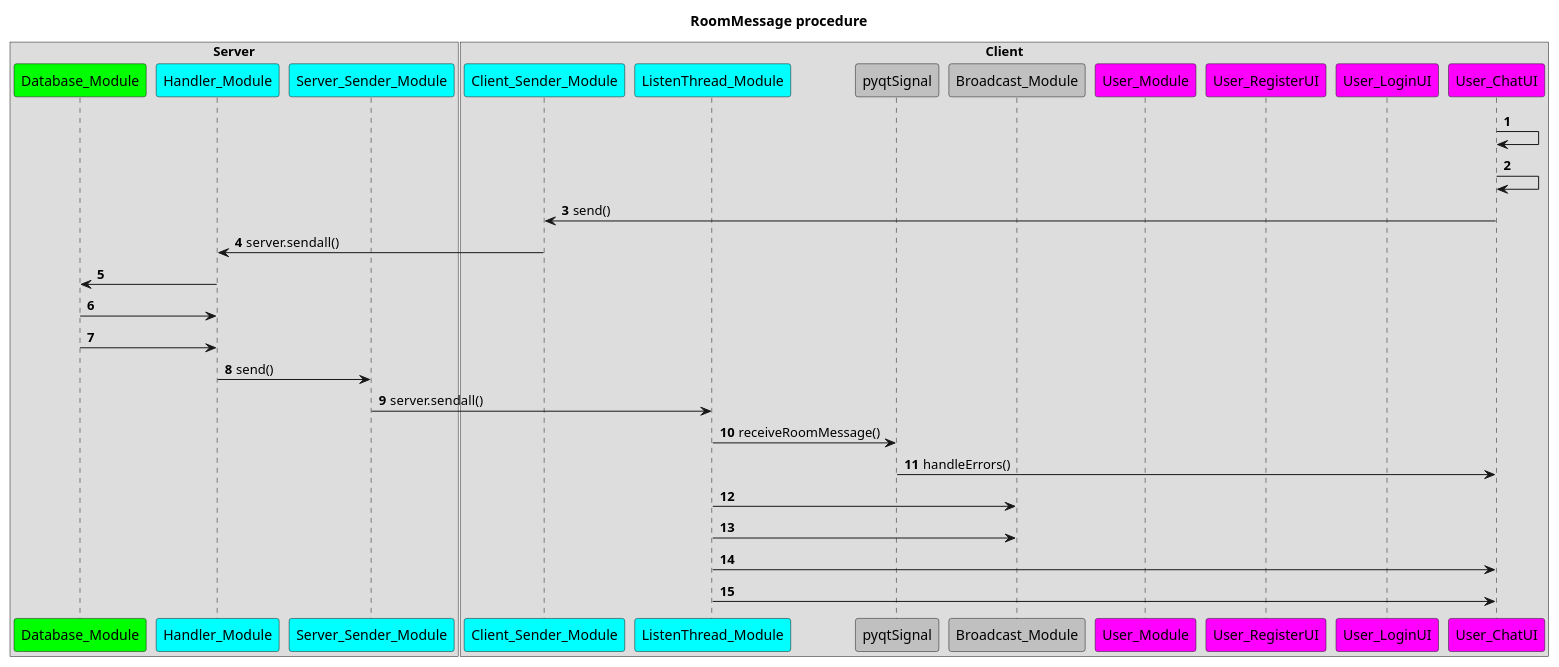
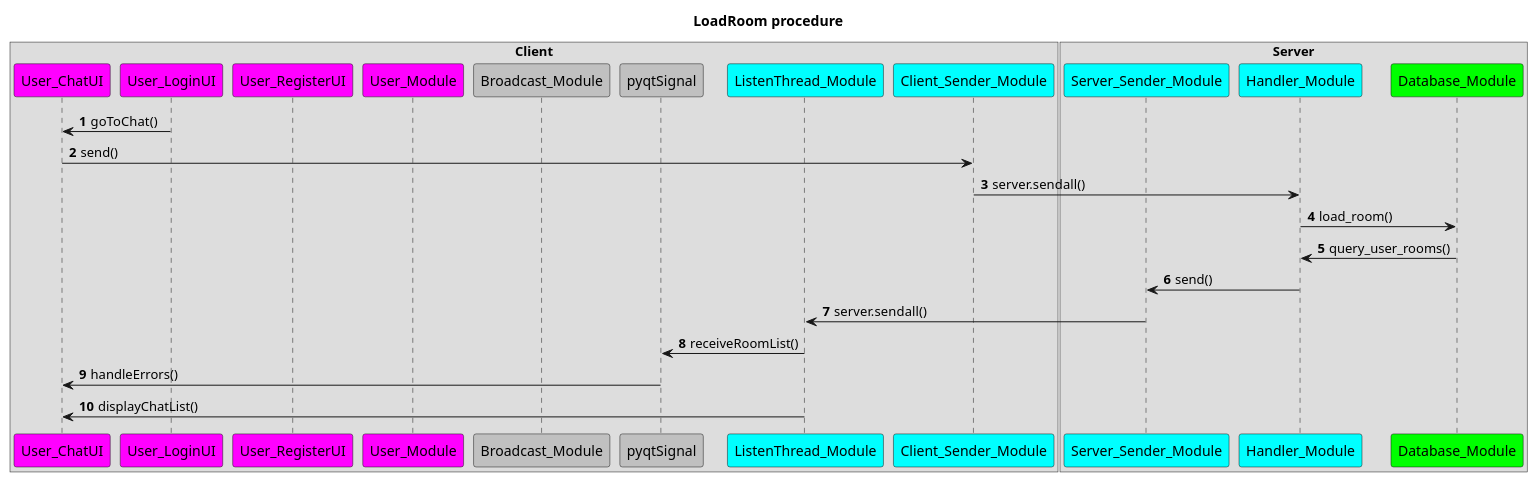
One commit to Jadeiin/KunKun changed the diagram in docs/LoadRoom.wsd. Above: the diagram before and after it, drawn with PlantUML. The commit also changed 10 other files, not shown here.

Commit message:
Refactor participant order in UML diagrams for various workflows

```diff
--- a/docs/LoadRoom.wsd
+++ b/docs/LoadRoom.wsd
@@ -1,45 +1,40 @@
 @startuml
-title RoomMessage procedure
+title LoadRoom procedure
 'author Jadeiin
 'version 1.0.0
 skinparam participant {
 	FontSize 14
 	handwritten true
 }
 
+box "Client"
+participant User_ChatUI #Magenta
+participant User_LoginUI #Magenta
+participant User_RegisterUI #Magenta
+participant User_Module #Magenta
+participant Broadcast_Module #Silver
+participant pyqtSignal #Silver
+participant ListenThread_Module #Cyan
+participant Client_Sender_Module #Cyan
+end box
 box "Server"
+participant Server_Sender_Module #Cyan
+participant Handler_Module #Cyan
 participant Database_Module #Lime
-participant Handler_Module #Cyan
-participant Server_Sender_Module #Cyan
-end box
-box "Client"
-participant Client_Sender_Module #Cyan
-participant ListenThread_Module #Cyan
-participant pyqtSignal #Silver
-participant Broadcast_Module #Silver
-participant User_Module #Magenta
-participant User_RegisterUI #Magenta
-participant User_LoginUI #Magenta
-participant User_ChatUI #Magenta
 end box
 
 autonumber
-User_ChatUI -> User_ChatUI : 
-User_ChatUI -> User_ChatUI : 
+User_LoginUI -> User_ChatUI : goToChat()
 User_ChatUI -> Client_Sender_Module : send()
 Client_Sender_Module -> Handler_Module : server.sendall()
 
-Handler_Module -> Database_Module : 
-Database_Module -> Handler_Module : 
-Database_Module -> Handler_Module : 
+Handler_Module -> Database_Module : load_room()
+Database_Module -> Handler_Module : query_user_rooms()
 Handler_Module -> Server_Sender_Module : send()
 Server_Sender_Module -> ListenThread_Module : server.sendall()
 
-ListenThread_Module -> pyqtSignal : receiveRoomMessage()
+ListenThread_Module -> pyqtSignal : receiveRoomList()
 pyqtSignal -> User_ChatUI : handleErrors()
-ListenThread_Module -> Broadcast_Module : 
-ListenThread_Module -> Broadcast_Module :
-ListenThread_Module -> User_ChatUI :
-ListenThread_Module -> User_ChatUI :
+ListenThread_Module -> User_ChatUI : displayChatList()
 
 @enduml
```
